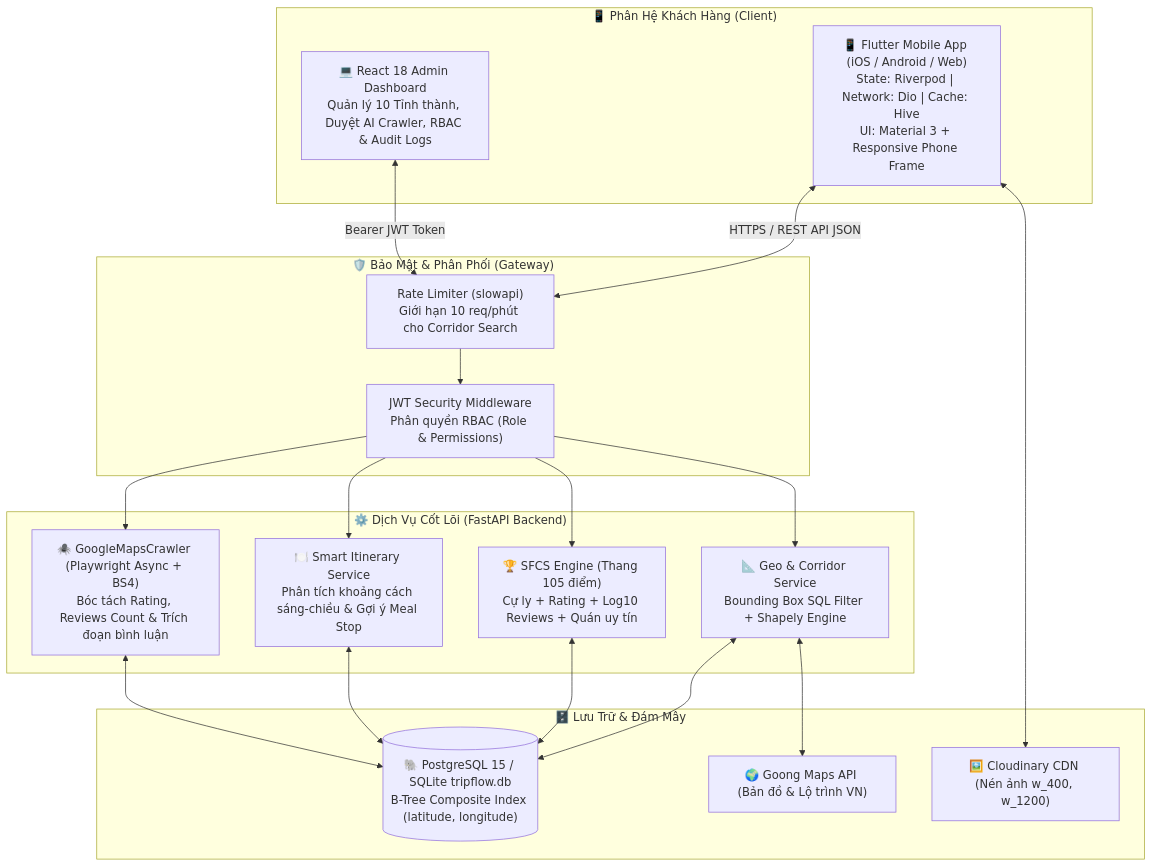
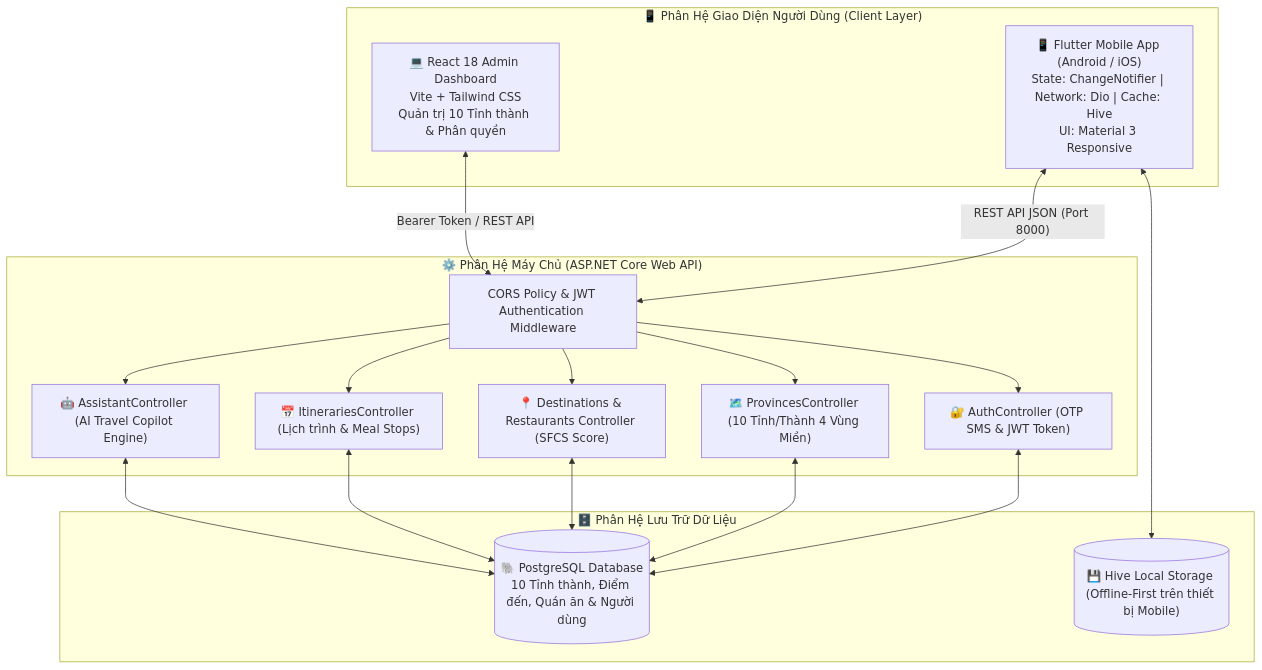
One commit to phamtantai02011991-tech/trip_flow changed the diagram in README.md. Above: the diagram before and after it, drawn with Mermaid. The commit also changed other lines of this file, not shown here.

Commit message:
docs: rewrite README to clean eProject standard, highlight .NET backend and remove all internal agent notes

````diff
--- a/README.md
+++ b/README.md
@@ -103,39 +72,35 @@
 ```mermaid
 flowchart TD
-    subgraph ClientLayer["📱 Phân Hệ Khách Hàng (Client)"]
-        FlutterApp["📱 Flutter Mobile App (iOS / Android / Web)\nState: Riverpod | Network: Dio | Cache: Hive\nUI: Material 3 + Responsive Phone Frame"]
-        AdminWeb["💻 React 18 Admin Dashboard\nQuản lý 10 Tỉnh thành, Duyệt AI Crawler, RBAC & Audit Logs"]
+    subgraph ClientLayer["📱 Phân Hệ Giao Diện Người Dùng (Client Layer)"]
+        FlutterApp["📱 Flutter Mobile App (Android / iOS)\nState: ChangeNotifier | Network: Dio | Cache: Hive\nUI: Material 3 Responsive"]
+        AdminWeb["💻 React 18 Admin Dashboard\nVite + Tailwind CSS\nQuản trị 10 Tỉnh thành & Phân quyền"]
     end
 
-    subgraph GatewayLayer["🛡️ Bảo Mật & Phân Phối (Gateway)"]
-        RateLimiter["Rate Limiter (slowapi)\nGiới hạn 10 req/phút cho Corridor Search"]
-        AuthMiddleware["JWT Security Middleware\nPhân quyền RBAC (Role & Permissions)"]
+    subgraph ApiLayer["⚙️ Phân Hệ Máy Chủ (ASP.NET Core Web API)"]
+        Gateway["CORS Policy & JWT Authentication Middleware"]
+        AuthController["🔐 AuthController (OTP SMS & JWT Token)"]
+        ProvincesController["🗺️ ProvincesController (10 Tỉnh/Thành 4 Vùng Miền)"]
+        PlacesController["📍 Destinations & Restaurants Controller (SFCS Score)"]
+        ItineraryController["📅 ItinerariesController (Lịch trình & Meal Stops)"]
+        AssistantController["🤖 AssistantController (AI Travel Copilot Engine)"]
     end
 
-    subgraph ServiceLayer["⚙️ Dịch Vụ Cốt Lõi (FastAPI Backend)"]
-        GeoEngine["📐 Geo & Corridor Service\nBounding Box SQL Filter + Shapely Engine"]
-        ScoringEngine["🏆 SFCS Engine (Thang 105 điểm)\nCự ly + Rating + Log10 Reviews + Quán uy tín"]
-        ItineraryEngine["🍽️ Smart Itinerary Service\nPhân tích khoảng cách sáng-chiều & Gợi ý Meal Stop"]
-        CrawlerEngine["🕷️ GoogleMapsCrawler (Playwright Async + BS4)\nBóc tách Rating, Reviews Count & Trích đoạn bình luận"]
+    subgraph StorageLayer["🗄️ Phân Hệ Lưu Trữ Dữ Liệu"]
+        PostgresDB[("🐘 PostgreSQL Database\n10 Tỉnh thành, Điểm đến, Quán ăn & Người dùng")]
+        LocalCache[("💾 Hive Local Storage (Offline-First trên thiết bị Mobile)")]
     end
 
-    subgraph StorageLayer["🗄️ Lưu Trữ & Đám Mây"]
-        Database[("🐘 PostgreSQL 15 / SQLite tripflow.db\nB-Tree Composite Index (latitude, longitude)")]
-        GoongAPI["🌍 Goong Maps API (Bản đồ & Lộ trình VN)"]
-        CloudinaryCDN["🖼️ Cloudinary CDN (Nén ảnh w_400, w_1200)"]
-    end
-
-    FlutterApp <-->|"HTTPS / REST API JSON"| RateLimiter
-    AdminWeb <-->|"Bearer JWT Token"| RateLimiter
-    RateLimiter --> AuthMiddleware
-    AuthMiddleware --> GeoEngine
-    AuthMiddleware --> ScoringEngine
-    AuthMiddleware --> ItineraryEngine
-    AuthMiddleware --> CrawlerEngine
-    GeoEngine <--> GoongAPI
-    GeoEngine <--> Database
-    ScoringEngine <--> Database
-    ItineraryEngine <--> Database
-    CrawlerEngine <--> Database
-    FlutterApp <--> CloudinaryCDN
+    FlutterApp <-->|"REST API JSON (Port 8000)"| Gateway
+    AdminWeb <-->|"Bearer Token / REST API"| Gateway
+    Gateway --> AuthController
+    Gateway --> ProvincesController
+    Gateway --> PlacesController
+    Gateway --> ItineraryController
+    Gateway --> AssistantController
+    AuthController <--> PostgresDB
+    ProvincesController <--> PostgresDB
+    PlacesController <--> PostgresDB
+    ItineraryController <--> PostgresDB
+    AssistantController <--> PostgresDB
+    FlutterApp <--> LocalCache
 ```
````
